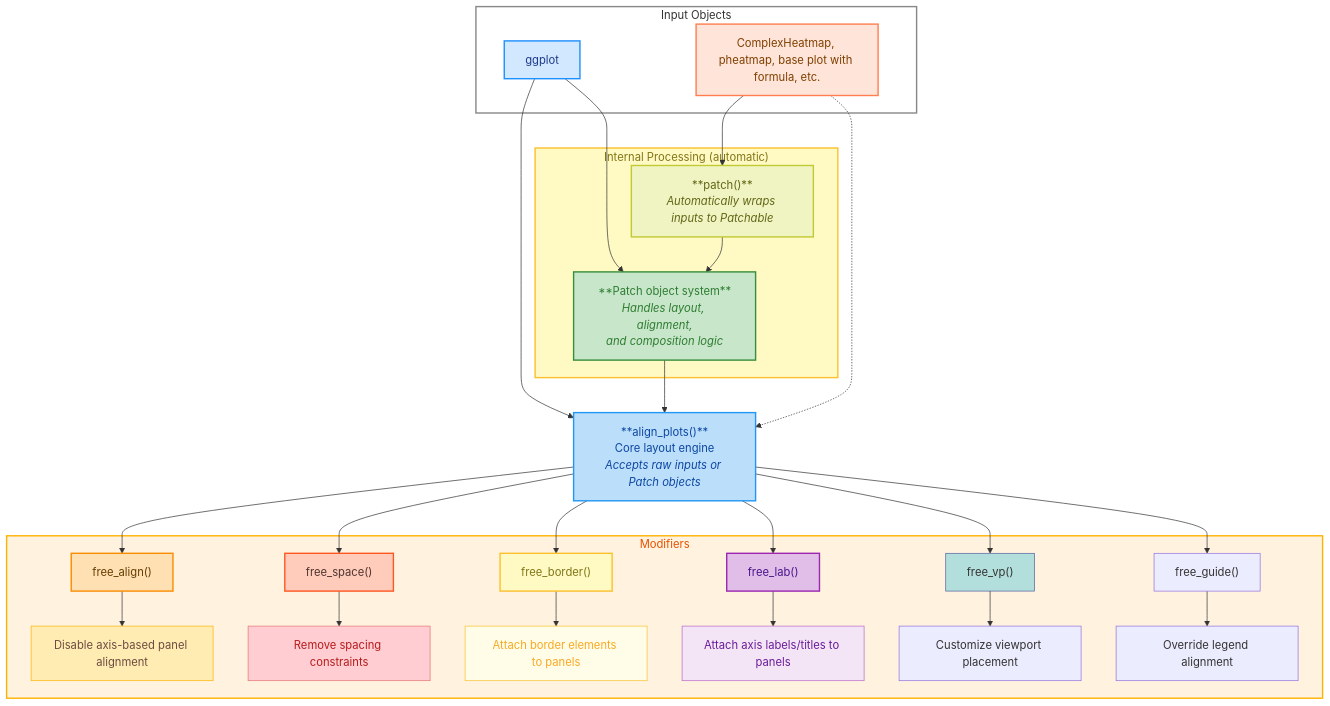
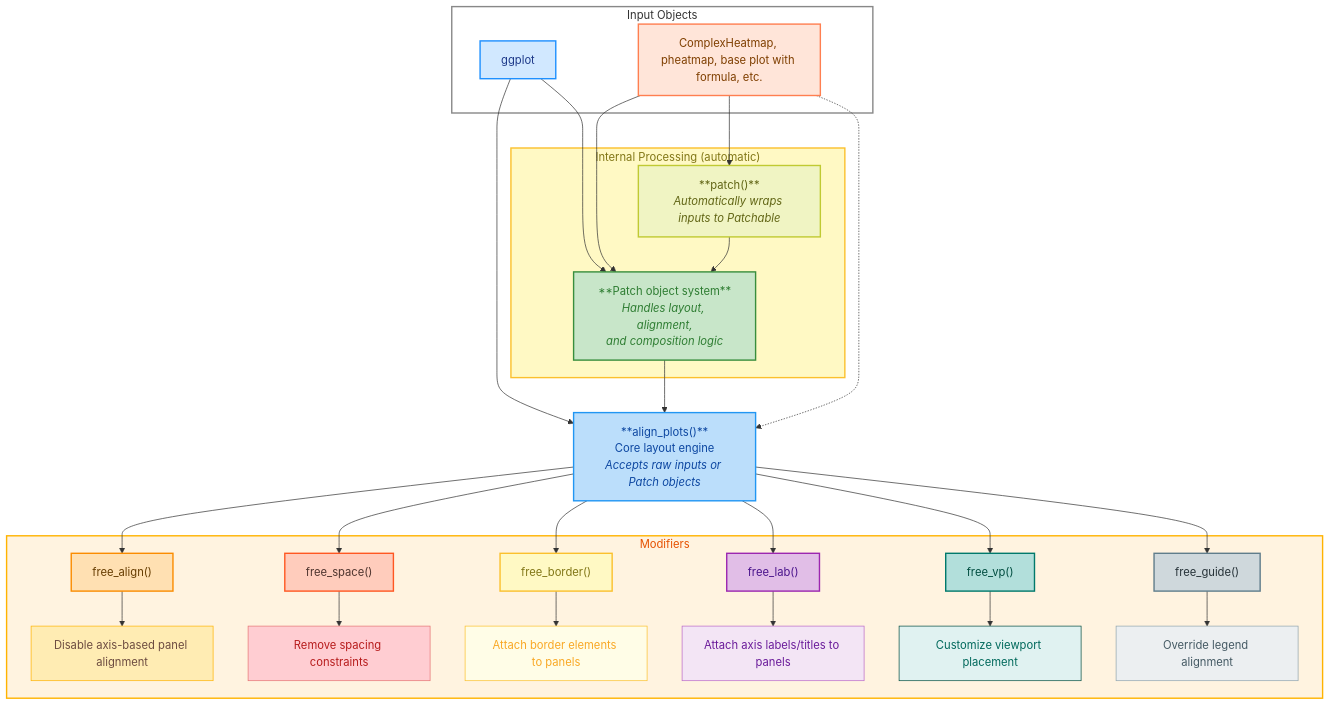
One commit to Yunuuuu/ggalign-book changed the first of 2 diagrams in introduction.qmd. Above: the diagram before and after it, drawn with Mermaid.

Commit message:
more filling style

````diff
--- a/introduction.qmd
+++ b/introduction.qmd
@@ -115,6 +115,7 @@
     G --> Align
     H --> PatchFn
     G --> Patch
+    H --> Patch
     PatchFn --> Patch
     Patch --> Align
 
@@ -144,13 +145,22 @@
     style Patch fill:#C8E6C9,stroke:#388E3C,stroke-width:2px,color:#2E7D32
     style Align fill:#BBDEFB,stroke:#2196F3,stroke-width:2px,color:#0D47A1
     style Modifiers fill:#FFF3E0,stroke:#FFB300,stroke-width:2px,color:#E65100
+
     style F1 fill:#FFE0B2,stroke:#FB8C00,stroke-width:2px,color:#663C00
     style F1Desc fill:#FFECB3,stroke:#FFB300,stroke-width:1px,color:#6D4C41
+
     style F2 fill:#FFCCBC,stroke:#FF5722,stroke-width:2px,color:#4E342E
     style F2Desc fill:#FFCDD2,stroke:#E57373,stroke-width:1px,color:#B71C1C
+
     style F3 fill:#FFF9C4,stroke:#FBC02D,stroke-width:2px,color:#827717
     style F3Desc fill:#FFFDE7,stroke:#FBC02D,stroke-width:1px,color:#F9A825
+
     style F4 fill:#E1BEE7,stroke:#9C27B0,stroke-width:2px,color:#4A148C
     style F4Desc fill:#F3E5F5,stroke:#BA68C8,stroke-width:1px,color:#6A1B9A
-    style F5 fill:#B2DFDB,stroke:#0079
+
+    style F5 fill:#B2DFDB,stroke:#00796B,stroke-width:2px,color:#004D40
+    style F5Desc fill:#E0F2F1,stroke:#004D40,stroke-width:1px,color:#00695C
+
+    style F6 fill:#CFD8DC,stroke:#607D8B,stroke-width:2px,color:#263238
+    style F6Desc fill:#ECEFF1,stroke:#90A4AE,stroke-width:1px,color:#455A64
 ```
````
